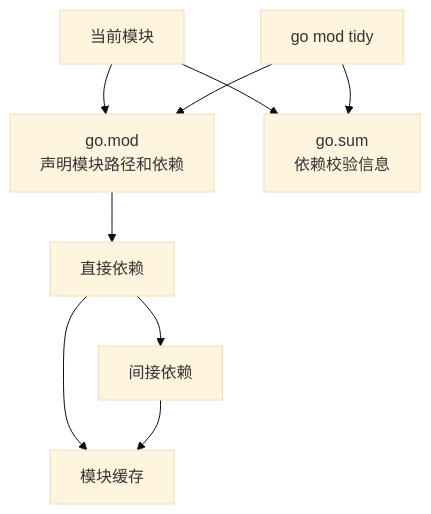
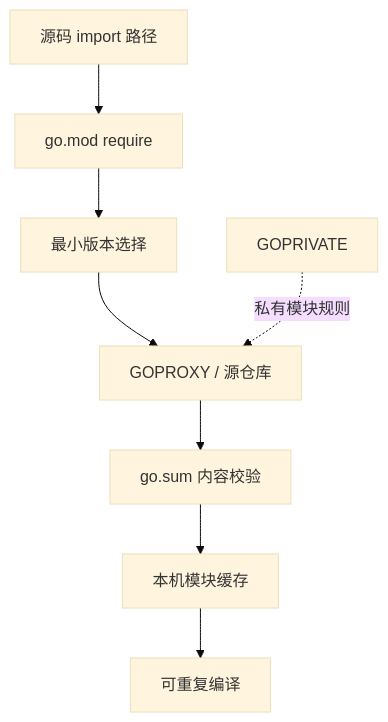
Before and after one commit to yokry-he/yok-study-web: the second of 26 diagrams in docs/go/visual-guide.md, drawn with Mermaid (base theme). The commit also changed other lines of this file and 277 other files, not shown here.

````diff
--- a/docs/go/visual-guide.md
+++ b/docs/go/visual-guide.md
@@ -32,11 +35,10 @@
 ```mermaid
 flowchart TD
-  A["当前模块"] --> B["go.mod<br/>声明模块路径和依赖"]
-  A --> C["go.sum<br/>依赖校验信息"]
-  B --> D["直接依赖"]
-  D --> E["间接依赖"]
-  D --> F["模块缓存"]
-  E --> F
-  G["go mod tidy"] --> B
-  G --> C
+  Import["源码 import 路径"] --> Mod["go.mod require"]
+  Mod --> MVS["最小版本选择"]
+  MVS --> Proxy["GOPROXY / 源仓库"]
+  Proxy --> Sum["go.sum 内容校验"]
+  Sum --> Cache["本机模块缓存"]
+  Cache --> Build["可重复编译"]
+  Private["GOPRIVATE"] -. 私有模块规则 .-> Proxy
 ```
````
